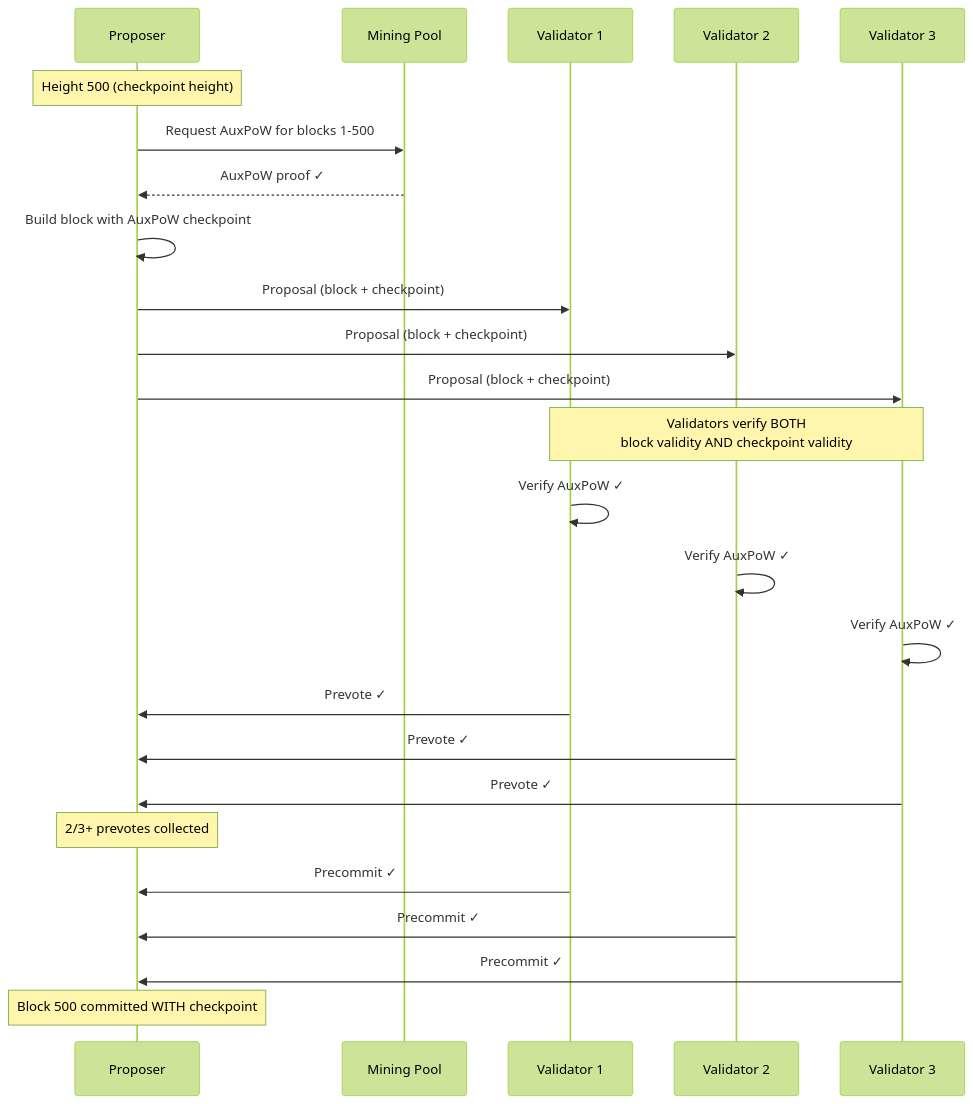
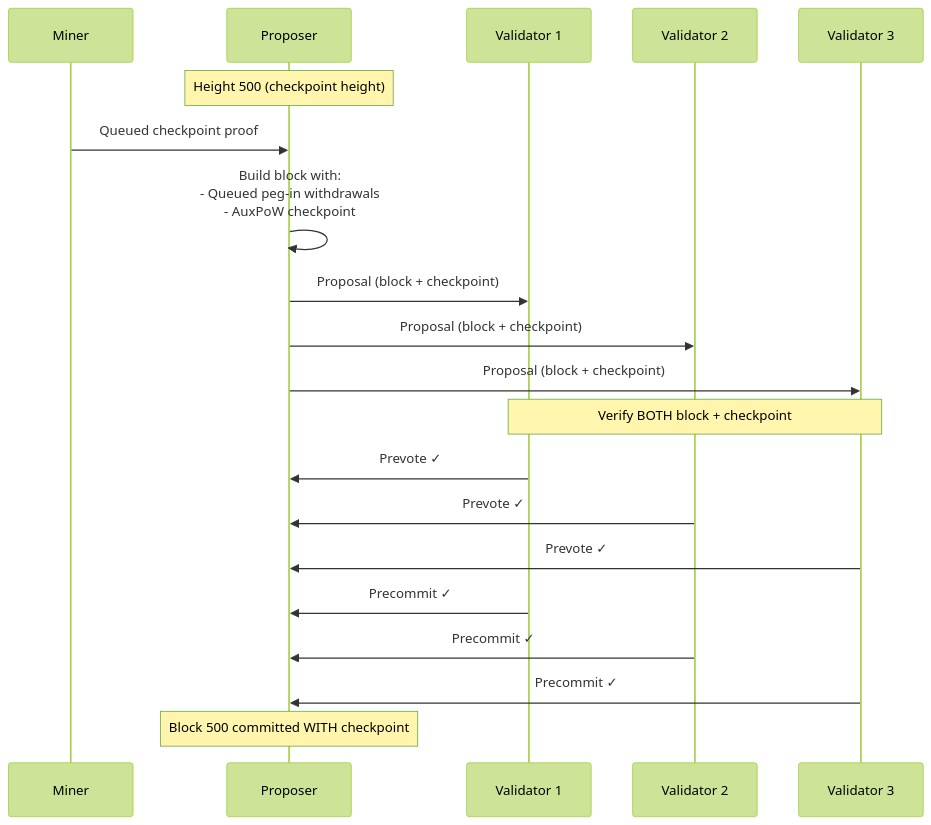
Before and after one commit to AnduroProject/alys: the fourth of 8 diagrams in docs/v2_alpha/tendermint_implementation/16_AUXPOW_TENDERMINT_INTEGRATION.md, drawn with Mermaid (forest theme). The commit also changed other lines of this file and 4 other files, not shown here.

First line of the commit message:
feat(docs): add governance parameters framework and miner peg-in compensation

````diff
--- a/docs/v2_alpha/tendermint_implementation/16_AUXPOW_TENDERMINT_INTEGRATION.md
+++ b/docs/v2_alpha/tendermint_implementation/16_AUXPOW_TENDERMINT_INTEGRATION.md
@@ -455,36 +523,29 @@
 ```mermaid
 sequenceDiagram
+    participant M as Miner
     participant P as Proposer
-    participant MP as Mining Pool
     participant V1 as Validator 1
     participant V2 as Validator 2
     participant V3 as Validator 3
 
     Note over P: Height 500 (checkpoint height)
 
-    P->>MP: Request AuxPoW for blocks 1-500
-    MP-->>P: AuxPoW proof ✓
+    M->>P: Queued checkpoint proof
+    P->>P: Build block with:<br/>- Queued peg-in withdrawals<br/>- AuxPoW checkpoint
 
-    P->>P: Build block with AuxPoW checkpoint
     P->>V1: Proposal (block + checkpoint)
     P->>V2: Proposal (block + checkpoint)
     P->>V3: Proposal (block + checkpoint)
 
-    Note over V1,V3: Validators verify BOTH<br/>block validity AND checkpoint validity
-
-    V1->>V1: Verify AuxPoW ✓
-    V2->>V2: Verify AuxPoW ✓
-    V3->>V3: Verify AuxPoW ✓
+    Note over V1,V3: Verify BOTH block + checkpoint
 
     V1->>P: Prevote ✓
     V2->>P: Prevote ✓
     V3->>P: Prevote ✓
-
-    Note over P: 2/3+ prevotes collected
 
     V1->>P: Precommit ✓
     V2->>P: Precommit ✓
     V3->>P: Precommit ✓
 
     Note over P: Block 500 committed WITH checkpoint
 ```
````
